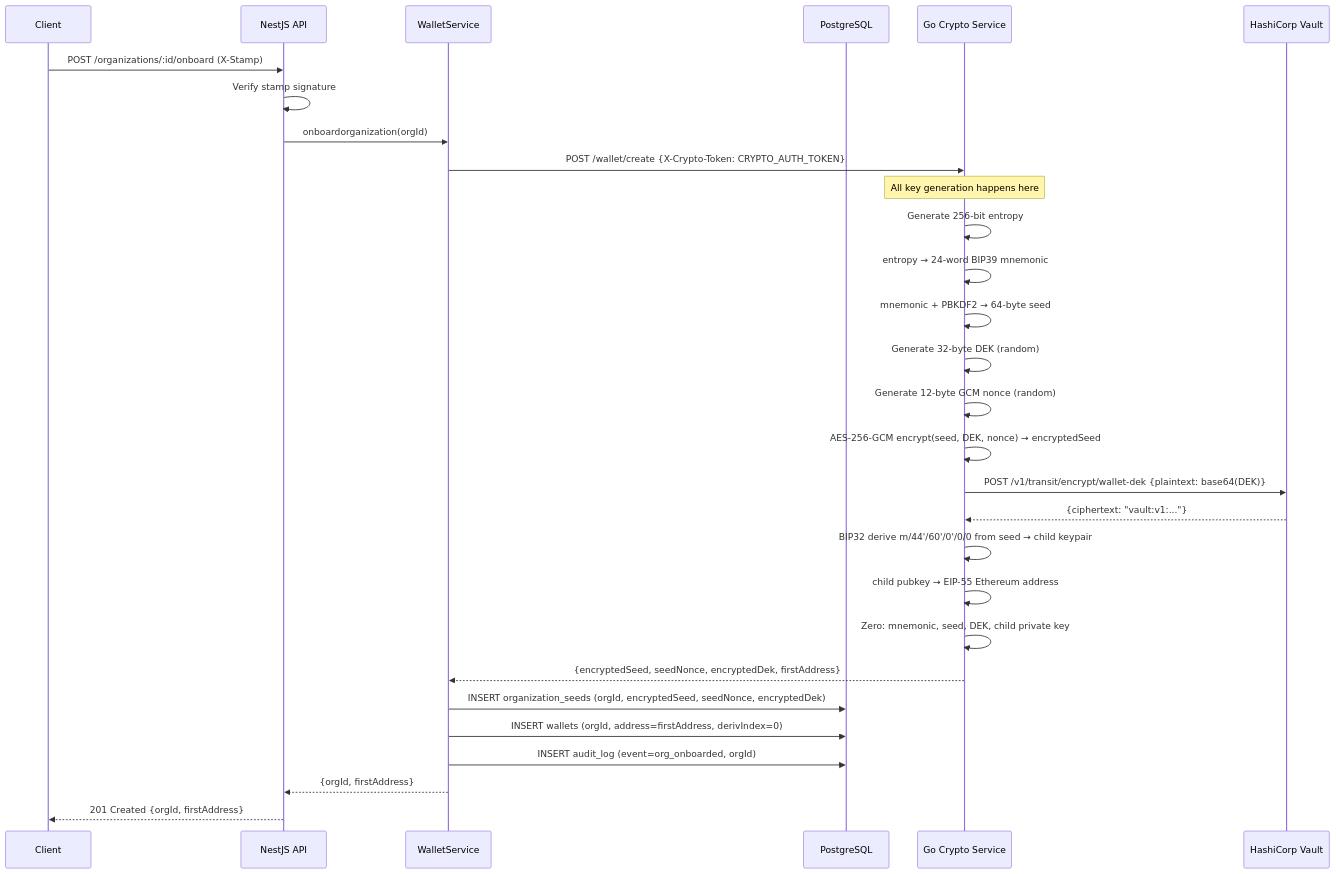
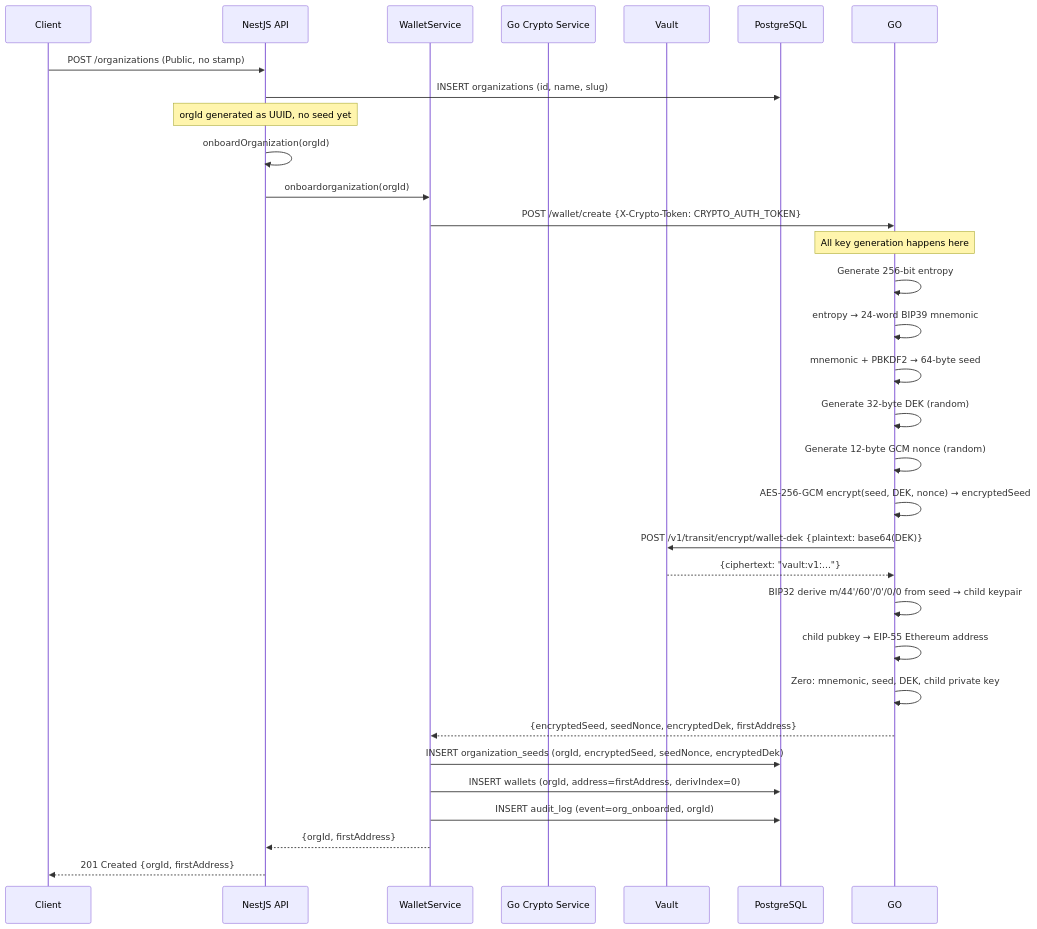
Before and after one commit to sg-milad/BrokeTurnkey: the second of 4 diagrams in docs/SEQUENCE_DIAGRAMS.md, drawn with Mermaid. The commit also changed other lines of this file and 3 other files, not shown here.

Commit message:
docs(api): update organization creation and onboarding process in API documentation

````diff
--- a/docs/SEQUENCE_DIAGRAMS.md
+++ b/docs/SEQUENCE_DIAGRAMS.md
@@ -42,39 +44,41 @@
 ```mermaid
 sequenceDiagram
     participant C as Client
     participant API as NestJS API
     participant WS as WalletService
+    participant GC as Go Crypto Service
+    participant V as Vault
     participant DB as PostgreSQL
-    participant GO as Go Crypto Service
-    participant V as HashiCorp Vault
 
-    C->>API: POST /organizations/:id/onboard (X-Stamp)
-    API->>API: Verify stamp signature
+    C->>API: POST /organizations (Public, no stamp)
+    API->>DB: INSERT organizations (id, name, slug)
+    note over API: orgId generated as UUID, no seed yet
+    API->>API: onboardOrganization(orgId)
     API->>WS: onboardorganization(orgId)
 
     WS->>GO: POST /wallet/create {X-Crypto-Token: CRYPTO_AUTH_TOKEN}
 
     note over GO: All key generation happens here
     GO->>GO: Generate 256-bit entropy
     GO->>GO: entropy → 24-word BIP39 mnemonic
     GO->>GO: mnemonic + PBKDF2 → 64-byte seed
     GO->>GO: Generate 32-byte DEK (random)
     GO->>GO: Generate 12-byte GCM nonce (random)
     GO->>GO: AES-256-GCM encrypt(seed, DEK, nonce) → encryptedSeed
 
     GO->>V: POST /v1/transit/encrypt/wallet-dek {plaintext: base64(DEK)}
     V-->>GO: {ciphertext: "vault:v1:..."}
 
     GO->>GO: BIP32 derive m/44'/60'/0'/0/0 from seed → child keypair
     GO->>GO: child pubkey → EIP-55 Ethereum address
     GO->>GO: Zero: mnemonic, seed, DEK, child private key
 
     GO-->>WS: {encryptedSeed, seedNonce, encryptedDek, firstAddress}
 
     WS->>DB: INSERT organization_seeds (orgId, encryptedSeed, seedNonce, encryptedDek)
     WS->>DB: INSERT wallets (orgId, address=firstAddress, derivIndex=0)
     WS->>DB: INSERT audit_log (event=org_onboarded, orgId)
 
     WS-->>API: {orgId, firstAddress}
     API-->>C: 201 Created {orgId, firstAddress}
 ```
````
